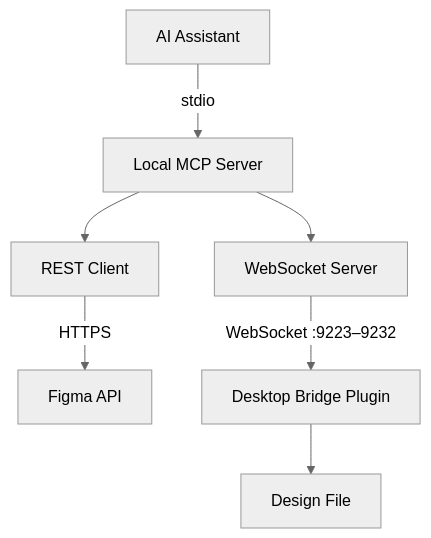
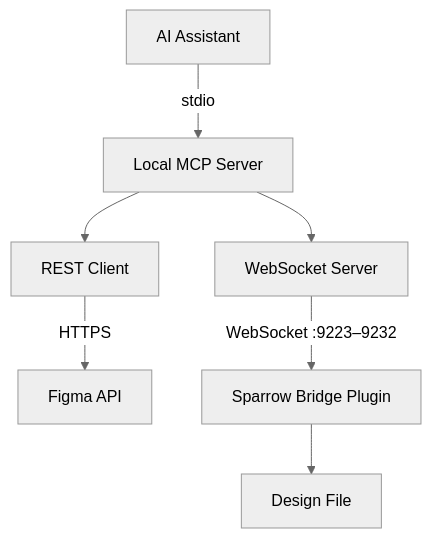
One commit to TrueSparrowSystems/figma-console-mcp changed the first of 5 diagrams in docs/architecture.md. Above: the diagram before and after it, drawn with Mermaid (neutral theme). The commit also changed other lines of this file and 41 other files, not shown here.

````diff
--- a/docs/architecture.md
+++ b/docs/architecture.md
@@ -42,13 +16,13 @@
 ```mermaid
 flowchart TB
     AI[AI Assistant]
     AI -->|stdio| SERVER[Local MCP Server]
 
     SERVER --> REST[REST Client]
     SERVER --> WS[WebSocket Server]
 
     REST -->|HTTPS| API[Figma API]
-    WS -->|"WebSocket :9223–9232"| PLUGIN[Desktop Bridge Plugin]
+    WS -->|"WebSocket :9223–9232"| PLUGIN[Sparrow Bridge Plugin]
 
     PLUGIN --> FILE[Design File]
 ```
````
